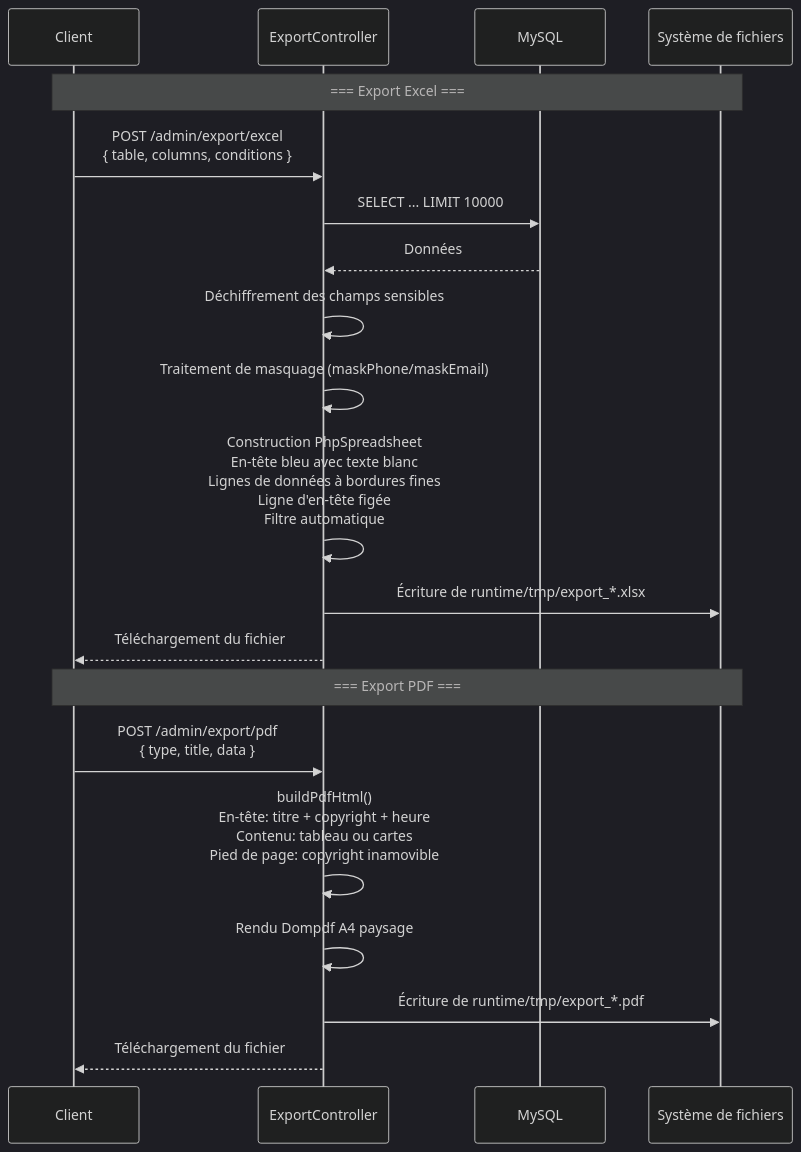
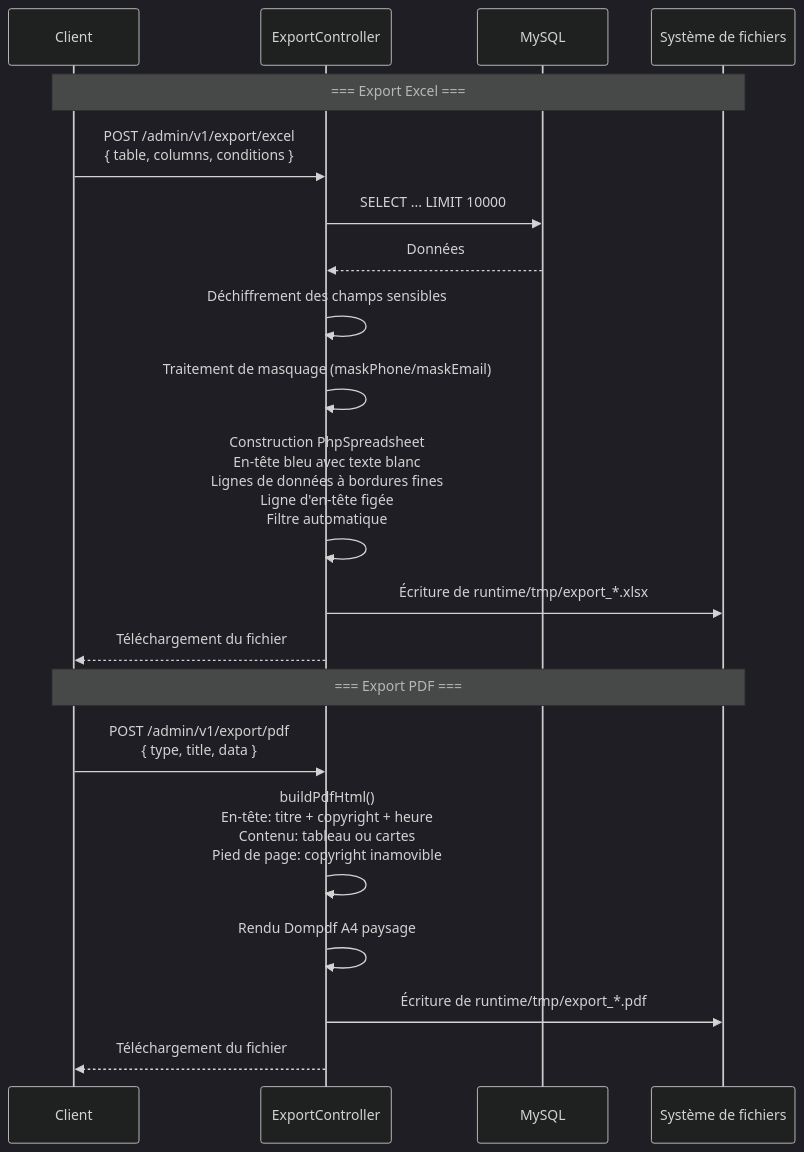
One commit to erikwang2013/game-platform-php changed the tenth of 14 diagrams in admin/docs/ARCHITECTURE.fr.md. Above: the diagram before and after it, drawn with Mermaid (dark theme). The commit also changed other lines of this file and 93 other files, not shown here.

````diff
--- a/admin/docs/ARCHITECTURE.fr.md
+++ b/admin/docs/ARCHITECTURE.fr.md
@@ -533,24 +520,24 @@
 ```mermaid
 sequenceDiagram
     participant C as Client
     participant CTL as ExportController
     participant DB as MySQL
     participant FS as Système de fichiers
 
     Note over C,FS: === Export Excel ===
-    C->>CTL: POST /admin/export/excel<br/>{ table, columns, conditions }
+    C->>CTL: POST /admin/v1/export/excel<br/>{ table, columns, conditions }
     CTL->>DB: SELECT ... LIMIT 10000
     DB-->>CTL: Données
     CTL->>CTL: Déchiffrement des champs sensibles
     CTL->>CTL: Traitement de masquage (maskPhone/maskEmail)
     CTL->>CTL: Construction PhpSpreadsheet<br/>En-tête bleu avec texte blanc<br/>Lignes de données à bordures fines<br/>Ligne d'en-tête figée<br/>Filtre automatique
     CTL->>FS: Écriture de runtime/tmp/export_*.xlsx
     CTL-->>C: Téléchargement du fichier
 
     Note over C,FS: === Export PDF ===
-    C->>CTL: POST /admin/export/pdf<br/>{ type, title, data }
+    C->>CTL: POST /admin/v1/export/pdf<br/>{ type, title, data }
     CTL->>CTL: buildPdfHtml()<br/>En-tête: titre + copyright + heure<br/>Contenu: tableau ou cartes<br/>Pied de page: copyright inamovible
     CTL->>CTL: Rendu Dompdf A4 paysage
     CTL->>FS: Écriture de runtime/tmp/export_*.pdf
     CTL-->>C: Téléchargement du fichier
 ```
````
